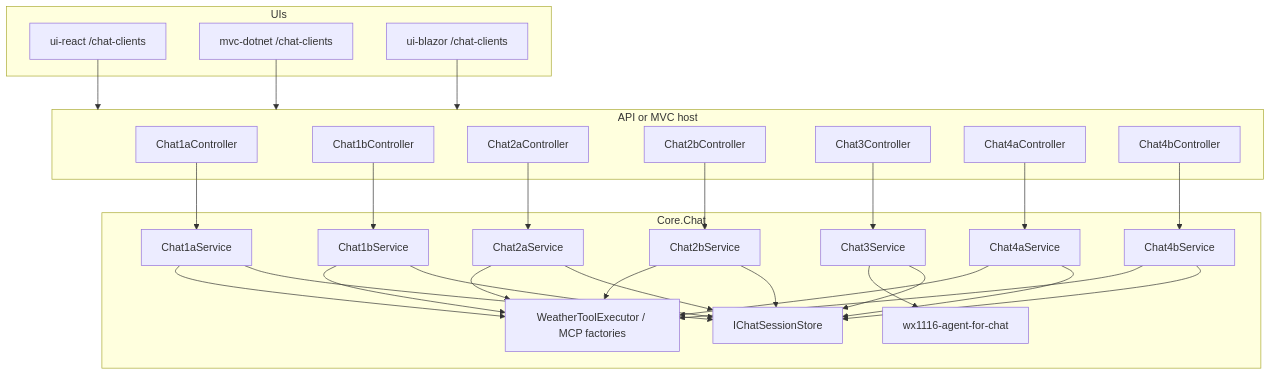
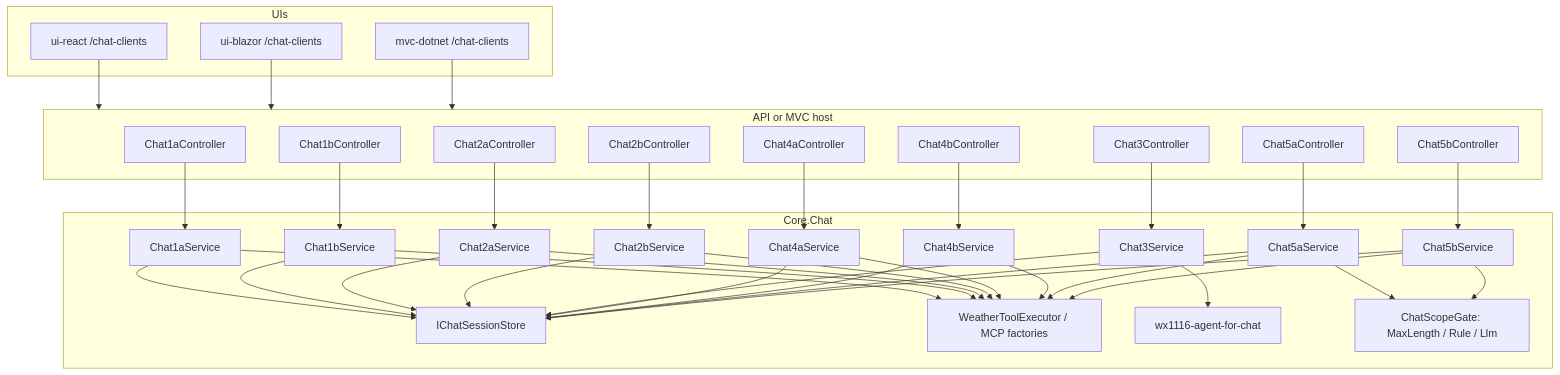
The diagram in docs/5-chat-clients/5-chat-clients.md (dustinkorzaan/weather-1116), drawn with Mermaid before and after one commit. The commit also changed other lines of this file and 45 other files, not shown here.

````diff
--- a/docs/5-chat-clients/5-chat-clients.md
+++ b/docs/5-chat-clients/5-chat-clients.md
@@ -29,59 +32,72 @@
 ```mermaid
 flowchart TB
     subgraph ui [UIs]
         React[ui-react /chat-clients]
         MVC[mvc-dotnet /chat-clients]
         Blazor[ui-blazor /chat-clients]
     end
 
     subgraph api [API or MVC host]
         C1a[Chat1aController]
         C1b[Chat1bController]
         C2a[Chat2aController]
         C2b[Chat2bController]
         C3[Chat3Controller]
         C4a[Chat4aController]
         C4b[Chat4bController]
+        C5a[Chat5aController]
+        C5b[Chat5bController]
     end
 
     subgraph core [Core.Chat]
         S1a[Chat1aService]
         S1b[Chat1bService]
         S2a[Chat2aService]
         S2b[Chat2bService]
         S3[Chat3Service]
         S4a[Chat4aService]
         S4b[Chat4bService]
+        S5a[Chat5aService]
+        S5b[Chat5bService]
         Store[IChatSessionStore]
         Tools[WeatherToolExecutor / MCP factories]
         Agent[wx1116-agent-for-chat]
+        Gates[ChatScopeGate: MaxLength / Rule / Llm]
     end
 
     React --> api
     Blazor --> api
     MVC --> api
 
     C1a --> S1a
     C1b --> S1b
     C2a --> S2a
     C2b --> S2b
     C3 --> S3
     C4a --> S4a
     C4b --> S4b
+    C5a --> S5a
+    C5b --> S5b
 
     S1a --> Store
     S1b --> Store
     S2a --> Store
     S2b --> Store
     S3 --> Store
     S4a --> Store
     S4b --> Store
+    S5a --> Store
+    S5b --> Store
 
     S1a --> Tools
     S1b --> Tools
     S2a --> Tools
     S2b --> Tools
     S3 --> Agent
     S4a --> Tools
     S4b --> Tools
+    S5a --> Tools
+    S5b --> Tools
+    S5a --> Gates
+    S5b --> Gates
 ```
````
